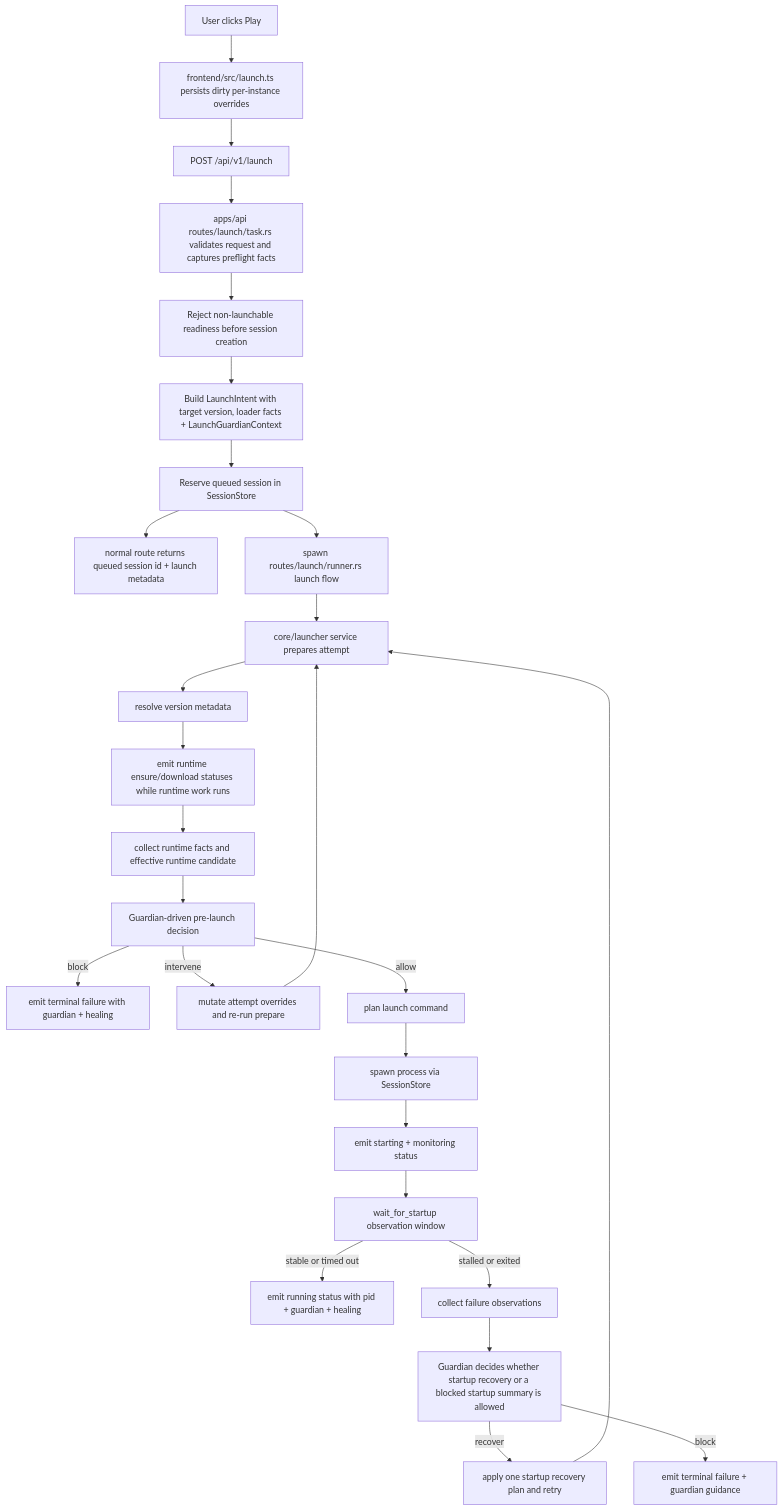
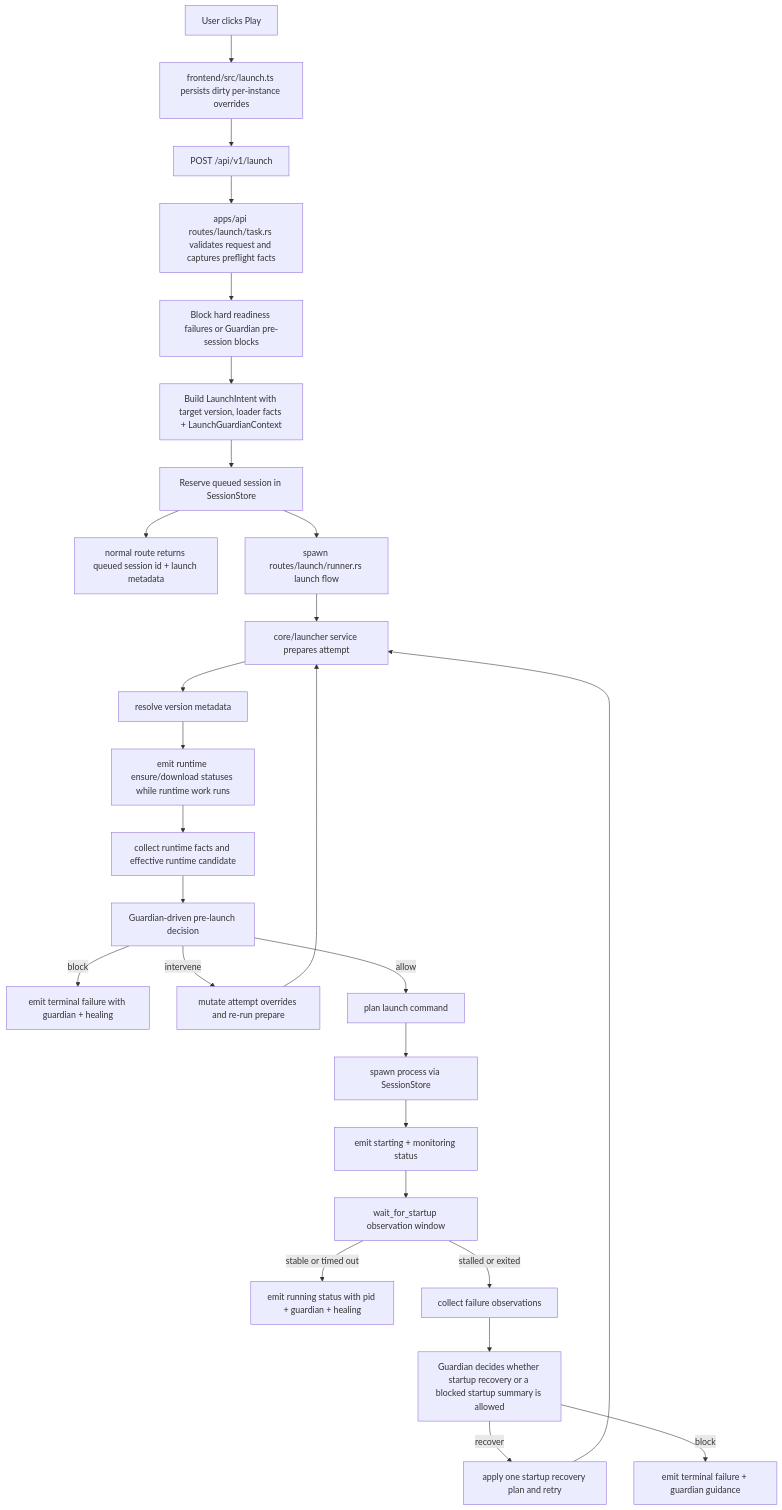
The second of 9 diagrams in docs/ARCHITECTURE.md (mateoltd/croopor), drawn with Mermaid before and after one commit. The commit also changed other lines of this file and 77 other files, not shown here.

````diff
--- a/docs/ARCHITECTURE.md
+++ b/docs/ARCHITECTURE.md
@@ -81,29 +102,29 @@
 ```mermaid
 flowchart TD
     A[User clicks Play] --> B[frontend/src/launch.ts persists dirty per-instance overrides]
     B --> C[POST /api/v1/launch]
     C --> D[apps/api routes/launch/task.rs validates request and captures preflight facts]
-    D --> E[Reject non-launchable readiness before session creation]
+    D --> E[Block hard readiness failures or Guardian pre-session blocks]
     E --> F[Build LaunchIntent with target version, loader facts + LaunchGuardianContext]
     F --> G[Reserve queued session in SessionStore]
     G --> H[normal route returns queued session id + launch metadata]
     G --> I[spawn routes/launch/runner.rs launch flow]
     I --> J[core/launcher service prepares attempt]
     J --> K[resolve version metadata]
     K --> L[emit runtime ensure/download statuses while runtime work runs]
     L --> M[collect runtime facts and effective runtime candidate]
     M --> N[Guardian-driven pre-launch decision]
     N -->|block| O[emit terminal failure with guardian + healing]
     N -->|intervene| P[mutate attempt overrides and re-run prepare]
     N -->|allow| Q[plan launch command]
     P --> J
     Q --> R[spawn process via SessionStore]
     R --> S[emit starting + monitoring status]
     S --> T[wait_for_startup observation window]
     T -->|stable or timed out| U[emit running status with pid + guardian + healing]
     T -->|stalled or exited| V[collect failure observations]
     V --> W[Guardian decides whether startup recovery or a blocked startup summary is allowed]
     W -->|recover| X[apply one startup recovery plan and retry]
     W -->|block| Y[emit terminal failure + guardian guidance]
     X --> J
 ```
````
